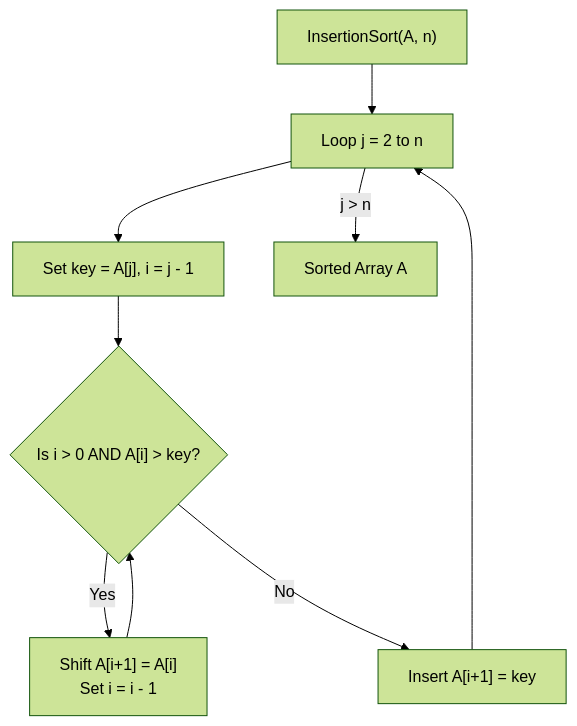
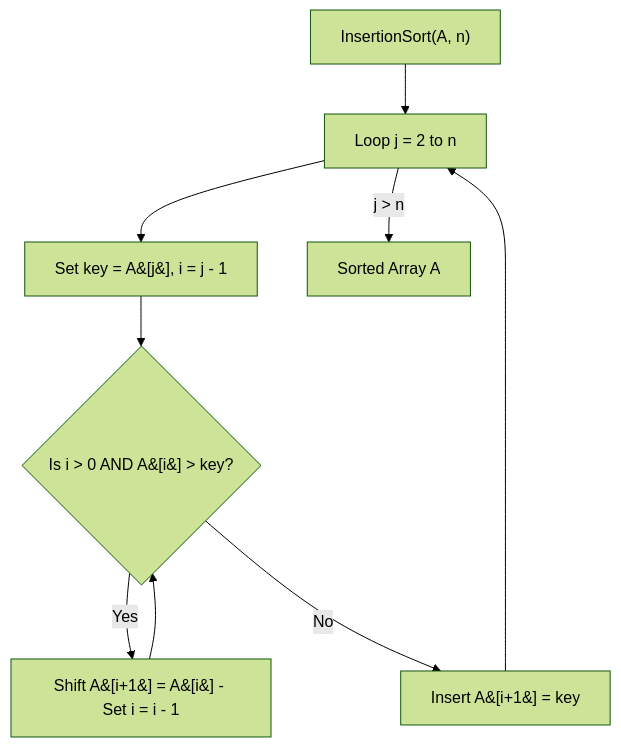
The seventh of 10 diagrams in notes/design_and_analysis_of_algorithms/Unit_02_Analysis_of_Algorithms.md (DeepLumiere/DeepSkills), drawn with Mermaid (forest theme) before and after one commit. The commit also changed other lines of this file and 56 other files, not shown here.

````diff
--- a/notes/design_and_analysis_of_algorithms/Unit_02_Analysis_of_Algorithms.md
+++ b/notes/design_and_analysis_of_algorithms/Unit_02_Analysis_of_Algorithms.md
@@ -1379,17 +1379,17 @@
 ```mermaid
 
 flowchart TD
 
     Start["InsertionSort(A, n)"] --> Outer["Loop j = 2 to n"]
 
-    Outer --> Key["Set key = A[j], i = j - 1"]
+    Outer --> Key["Set key = A&#91;j&#93;, i = j - 1"]
 
-    Key --> Inner{"Is i > 0 AND A[i] > key?"}
+    Key --> Inner{"Is i > 0 AND A&#91;i&#93; > key?"}
 
-    Inner -- Yes --> Shift["Shift A[i+1] = A[i]<br>Set i = i - 1"] --> Inner
+    Inner -- Yes --> Shift["Shift A&#91;i+1&#93; = A&#91;i&#93; - Set i = i - 1"] --> Inner
 
-    Inner -- No --> Place["Insert A[i+1] = key"] --> Outer
+    Inner -- No --> Place["Insert A&#91;i+1&#93; = key"] --> Outer
 
     Outer -- "j > n" --> Done["Sorted Array A"]
 
 ```
````
